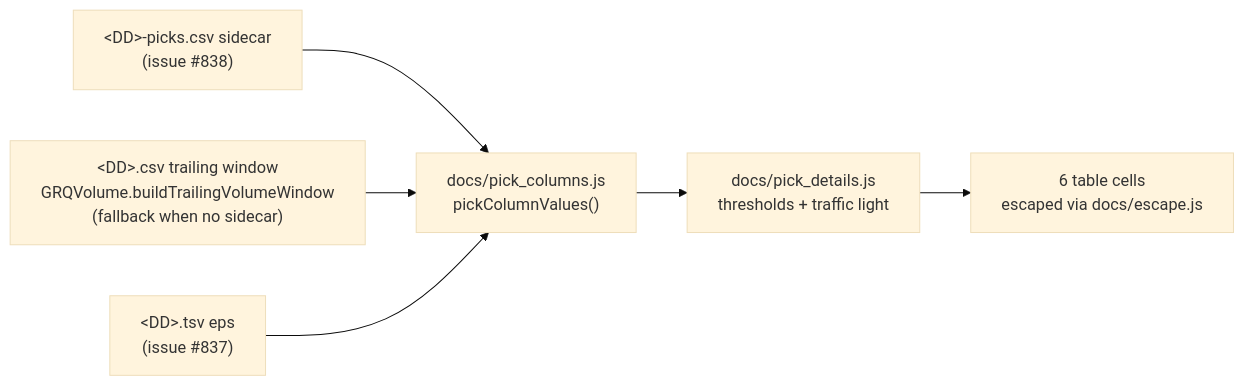
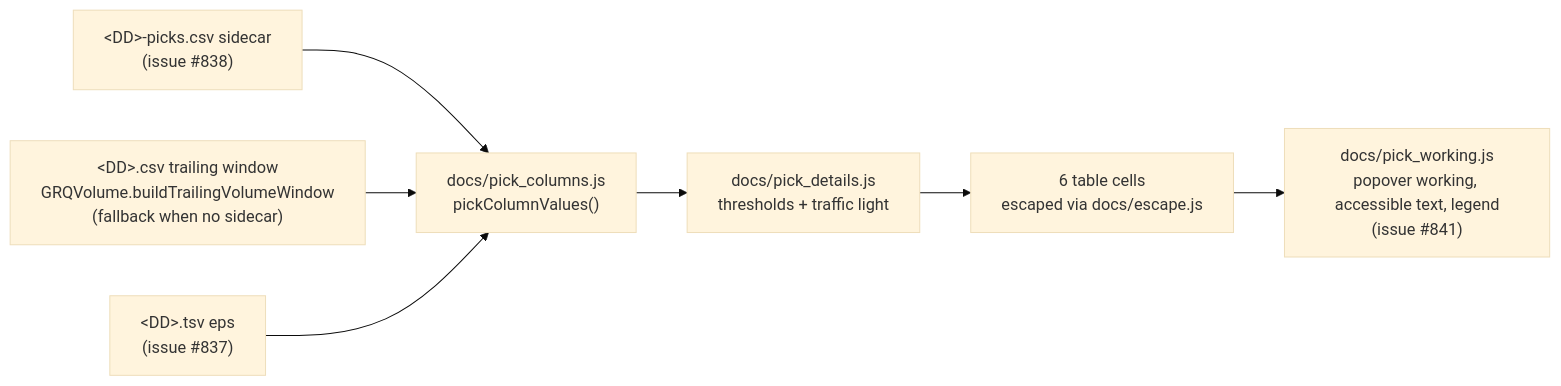
One commit to stSoftwareAU/GRQ-validation changed diagram 12 of 20 in README.md. Above: the diagram before and after it, drawn with Mermaid (base theme). The commit also changed other lines of this file and 15 other files, not shown here.

````diff
--- a/README.md
+++ b/README.md
@@ -673,8 +673,9 @@
 ```mermaid
 flowchart LR
     A["&lt;DD&gt;-picks.csv sidecar<br/>(issue #838)"] --> D
     B["&lt;DD&gt;.csv trailing window<br/>GRQVolume.buildTrailingVolumeWindow<br/>(fallback when no sidecar)"] --> D
     C["&lt;DD&gt;.tsv eps<br/>(issue #837)"] --> D
     D["docs/pick_columns.js<br/>pickColumnValues()"] --> E["docs/pick_details.js<br/>thresholds + traffic light"]
     E --> F["6 table cells<br/>escaped via docs/escape.js"]
+    F --> G["docs/pick_working.js<br/>popover working, accessible text, legend<br/>(issue #841)"]
 ```
````
